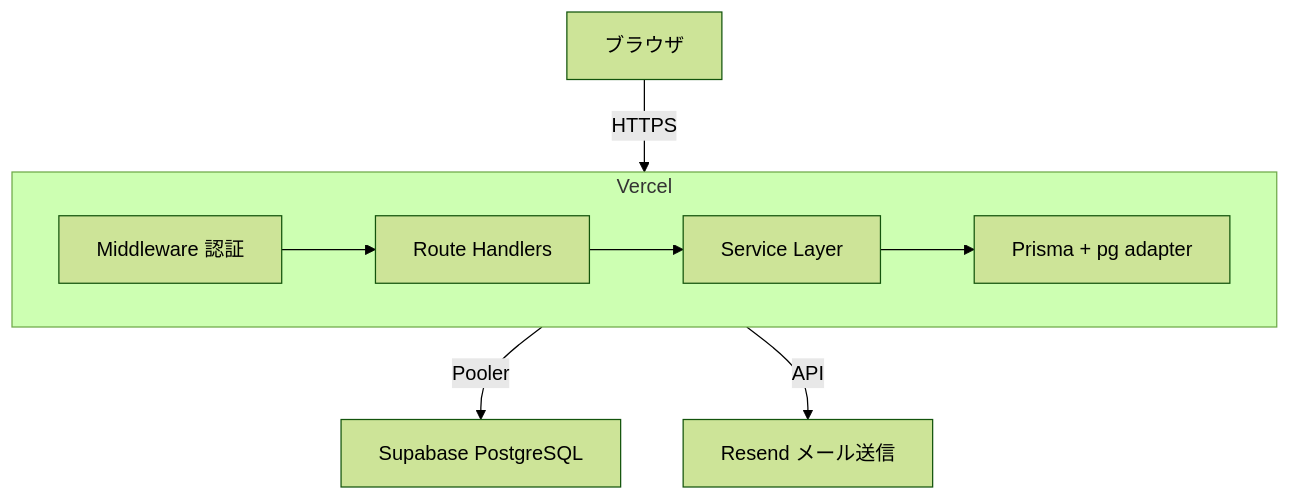
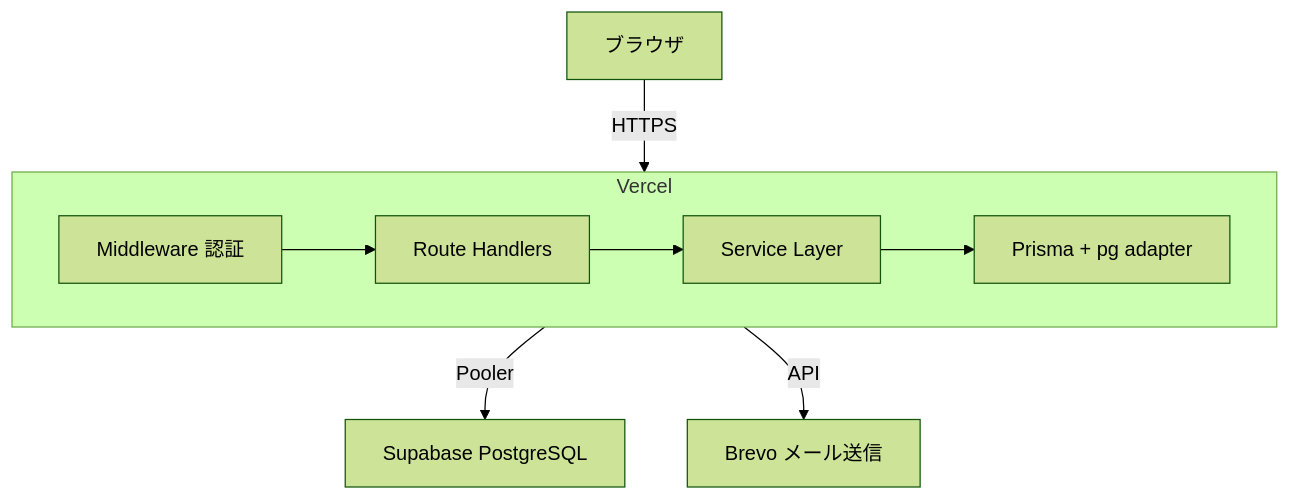
Before and after one commit to teppei19980914/BusinessManagementPlatform: the diagram in README.md, drawn with Mermaid (forest theme). The commit also changed other lines of this file and 4 other files, not shown here.

````diff
--- a/README.md
+++ b/README.md
@@ -69,12 +69,12 @@
 ```mermaid
 graph TD
     Browser[ブラウザ] -->|HTTPS| Vercel[Vercel / Next.js]
     Vercel -->|Pooler| Supabase[Supabase PostgreSQL]
-    Vercel -->|API| Resend[Resend メール送信]
+    Vercel -->|API| Brevo[Brevo メール送信]
 
     subgraph Vercel
         MW[Middleware 認証] --> RH[Route Handlers]
         RH --> SL[Service Layer]
         SL --> PA[Prisma + pg adapter]
     end
 ```
````
